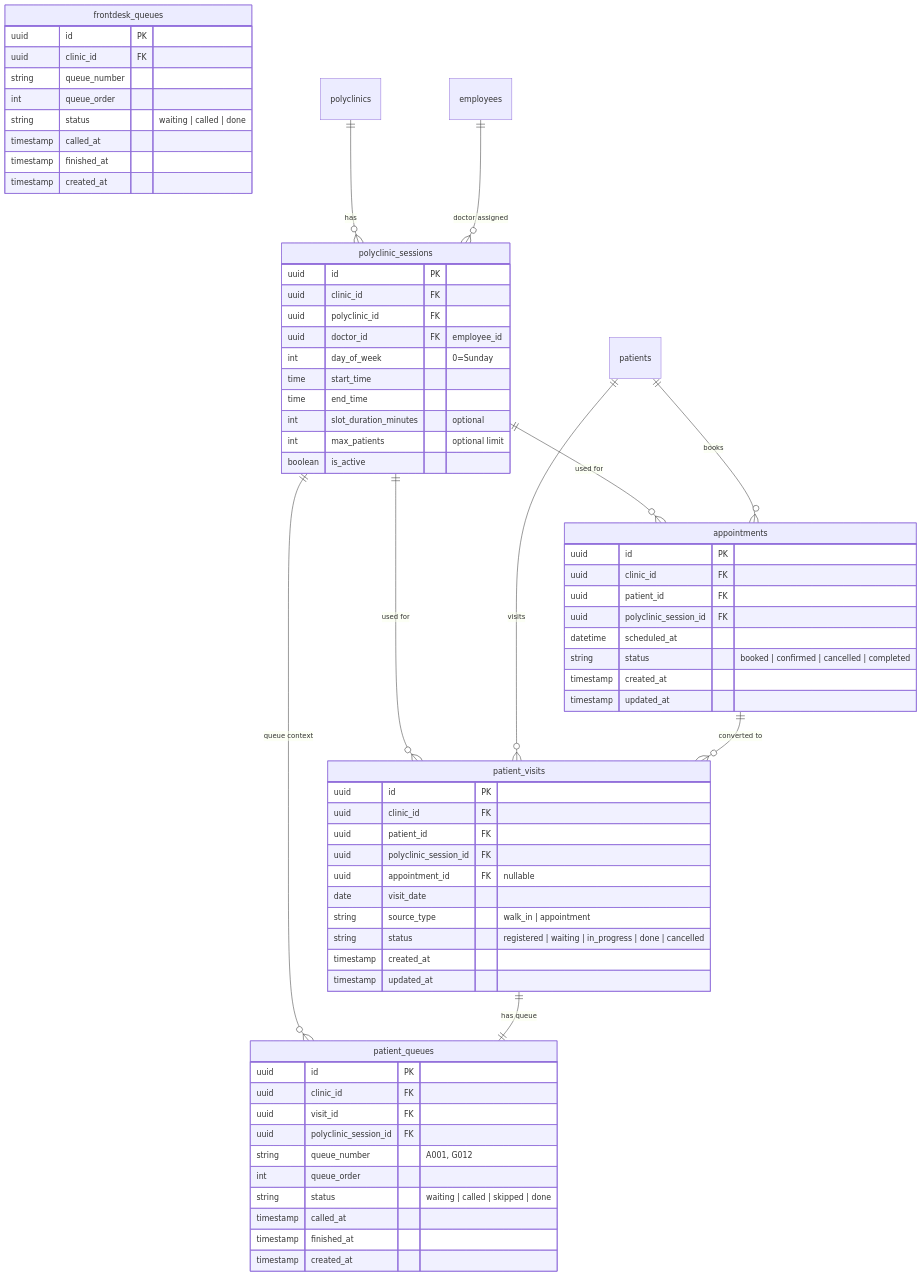
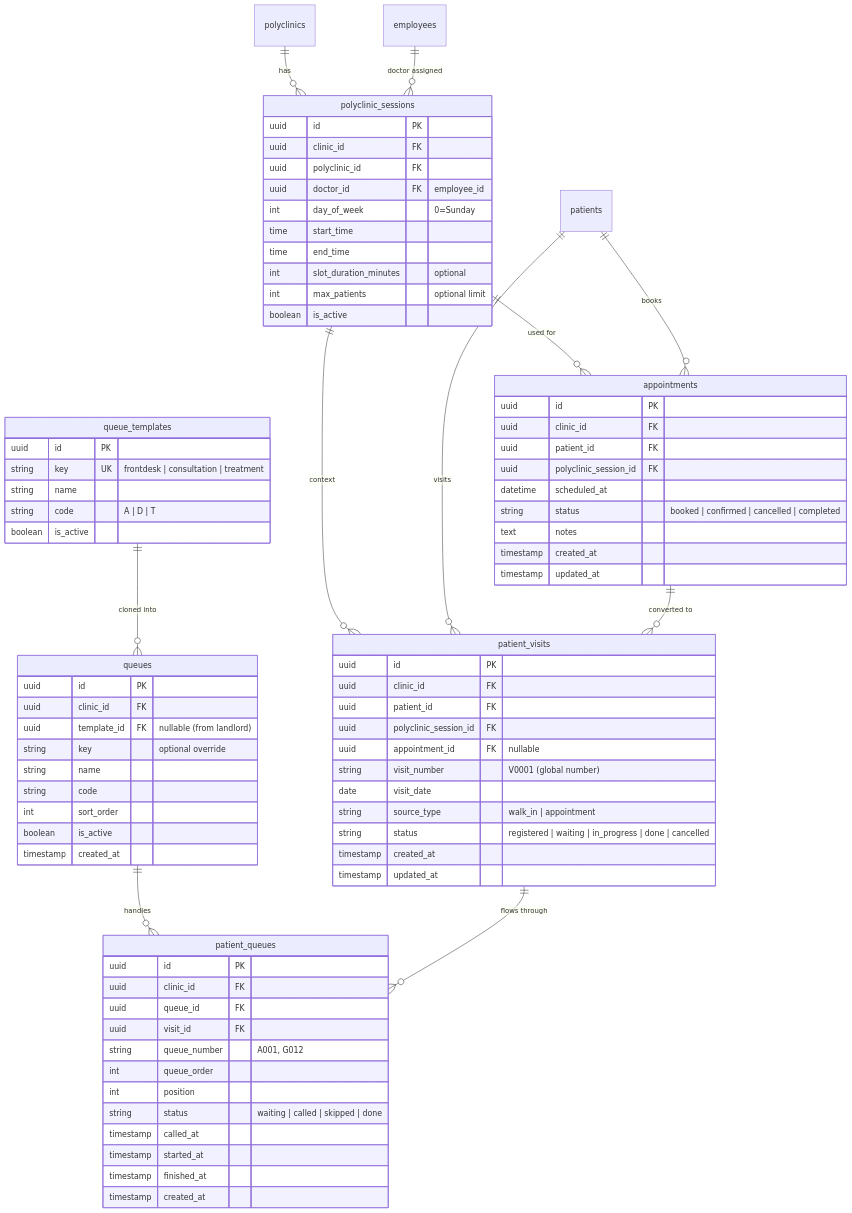
Before and after one commit to mad-af/sim-clinic-documentation: the diagram in ERD/erd-new-tenant-domain-front-office.mmd, drawn with Mermaid. The commit also changed 4 other files, not shown here.

First line of the commit message:
Refactor Queue and Treatment ERD diagrams

```diff
--- a/ERD/erd-new-tenant-domain-front-office.mmd
+++ b/ERD/erd-new-tenant-domain-front-office.mmd
@@ -1,125 +1,143 @@
 erDiagram
 
 %% ========================
 %% POLYCLINIC SESSIONS (CORE SCHEDULE)
 %% ========================
 
 polyclinic_sessions {
     uuid id PK
     uuid clinic_id FK
 
     uuid polyclinic_id FK
     uuid doctor_id FK "employee_id"
 
     int day_of_week "0=Sunday"
-
     time start_time
     time end_time
 
     int slot_duration_minutes "optional"
-
     int max_patients "optional limit"
 
     boolean is_active
 }
 
 %% ========================
 %% APPOINTMENTS (ONLINE BOOKING)
 %% ========================
 
 appointments {
     uuid id PK
     uuid clinic_id FK
     uuid patient_id FK
 
     uuid polyclinic_session_id FK
 
     datetime scheduled_at
 
     string status "booked | confirmed | cancelled | completed"
 
+    text notes
+
     timestamp created_at
     timestamp updated_at
 }
 
 %% ========================
 %% PATIENT VISITS (CORE EVENT)
 %% ========================
 
 patient_visits {
     uuid id PK
     uuid clinic_id FK
     uuid patient_id FK
 
     uuid polyclinic_session_id FK
+    uuid appointment_id FK "nullable"
 
-    uuid appointment_id FK "nullable"
+    string visit_number "V0001 (global number)"
 
     date visit_date
 
     string source_type "walk_in | appointment"
 
     string status "registered | waiting | in_progress | done | cancelled"
 
     timestamp created_at
     timestamp updated_at
 }
 
+%% ================================================================================
+%% QUEUE TEMPLATES (LANDLORD)
+%% ================================================================================
+
+queue_templates {
+    uuid id PK
+
+    string key UK "frontdesk | consultation | treatment"
+    string name
+    string code "A | D | T"
+
+    boolean is_active
+}
+
 %% ========================
 %% PATIENT QUEUES (MEDICAL QUEUE)
 %% ========================
+
+queues {
+    uuid id PK
+    uuid clinic_id FK
+
+    uuid template_id FK "nullable (from landlord)"
+
+    string key "optional override"
+    string name
+    string code
+
+    int sort_order
+
+    boolean is_active
+
+    timestamp created_at
+}
 
 patient_queues {
     uuid id PK
     uuid clinic_id FK
 
+    uuid queue_id FK
     uuid visit_id FK
-    uuid polyclinic_session_id FK
 
     string queue_number "A001, G012"
     int queue_order
+    int position
 
     string status "waiting | called | skipped | done"
 
     timestamp called_at
-    timestamp finished_at
-
-    timestamp created_at
-}
-
-%% ========================
-%% FRONTDESK QUEUE (OPTIONAL)
-%% ========================
-
-frontdesk_queues {
-    uuid id PK
-    uuid clinic_id FK
-
-    string queue_number
-    int queue_order
-
-    string status "waiting | called | done"
-
-    timestamp called_at
+    timestamp started_at
     timestamp finished_at
 
     timestamp created_at
 }
 
 %% ========================
 %% RELATIONSHIPS
 %% ========================
 
 polyclinics ||--o{ polyclinic_sessions : "has"
 employees ||--o{ polyclinic_sessions : "doctor assigned"
 
 polyclinic_sessions ||--o{ appointments : "used for"
-polyclinic_sessions ||--o{ patient_visits : "used for"
-polyclinic_sessions ||--o{ patient_queues : "queue context"
+polyclinic_sessions ||--o{ patient_visits : "context"
 
 patients ||--o{ appointments : "books"
 patients ||--o{ patient_visits : "visits"
 
 appointments ||--o{ patient_visits : "converted to"
 
-patient_visits ||--|| patient_queues : "has queue"
+queue_templates ||--o{ queues : "cloned into"
+
+queues ||--o{ patient_queues : "handles"
+
+patient_visits ||--o{ patient_queues : "flows through"
```
